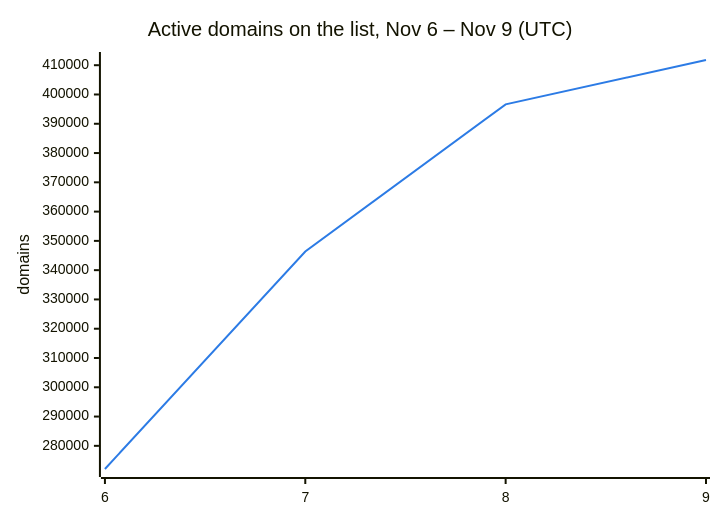
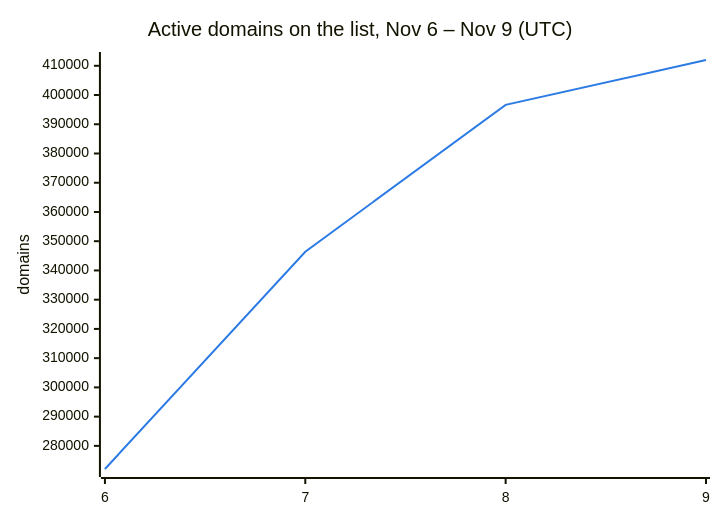
The second of 3 diagrams in README.md (DNSBunker/CTI), drawn with Mermaid before and after one commit. The commit also changed other lines of this file and 3 other files, not shown here.

````diff
--- a/README.md
+++ b/README.md
@@ -38,8 +38,8 @@
 ```mermaid
 %%{init: {"themeVariables": {"xyChart": {"plotColorPalette": "#2c7be5"}}}}%%
 xychart-beta
     title "Active domains on the list, Nov 6 – Nov 9 (UTC)"
     x-axis ["6", "7", "8", "9"]
     y-axis "domains"
-    line [272088, 346388, 396638, 411778]
+    line [272088, 346388, 396638, 411979]
 ```
````
